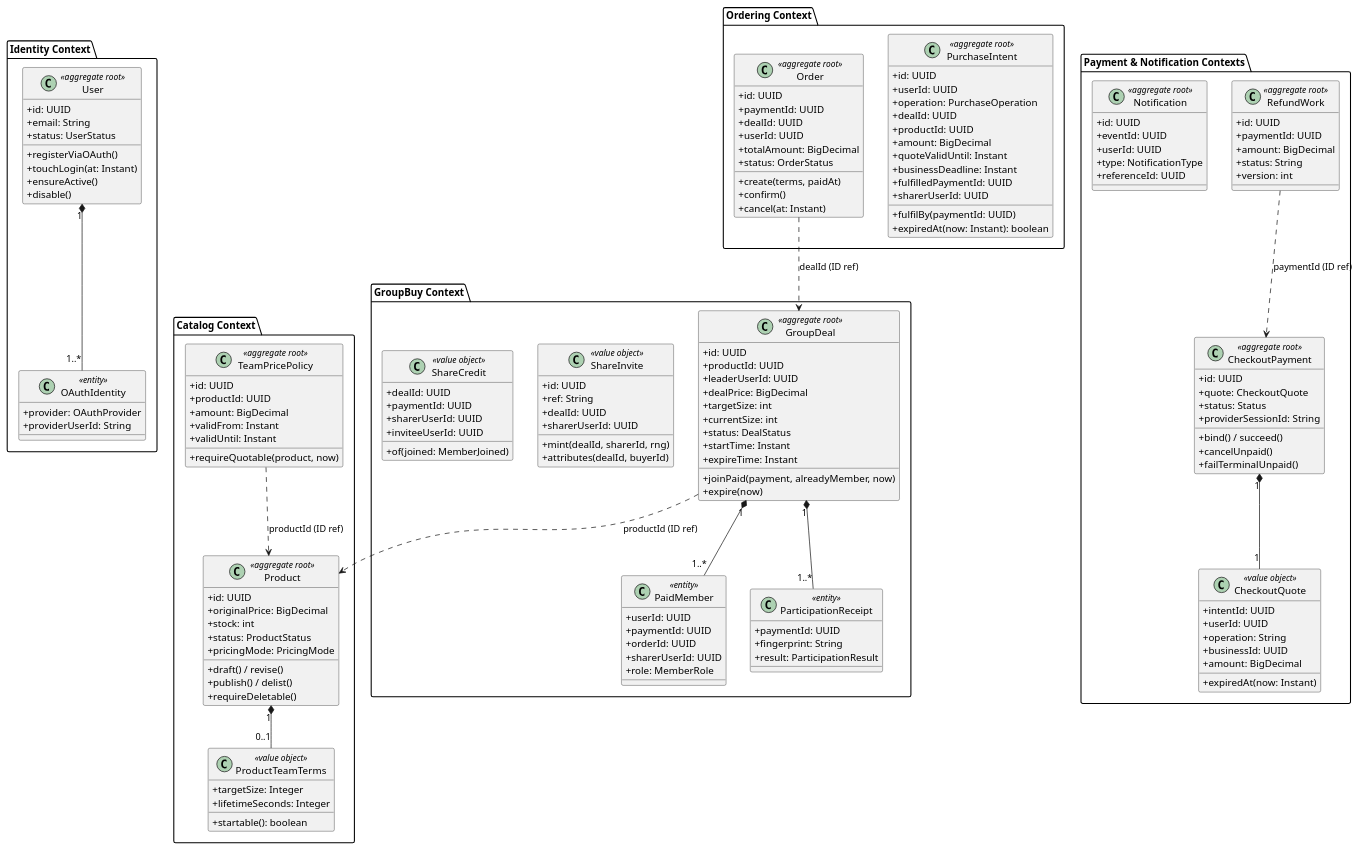
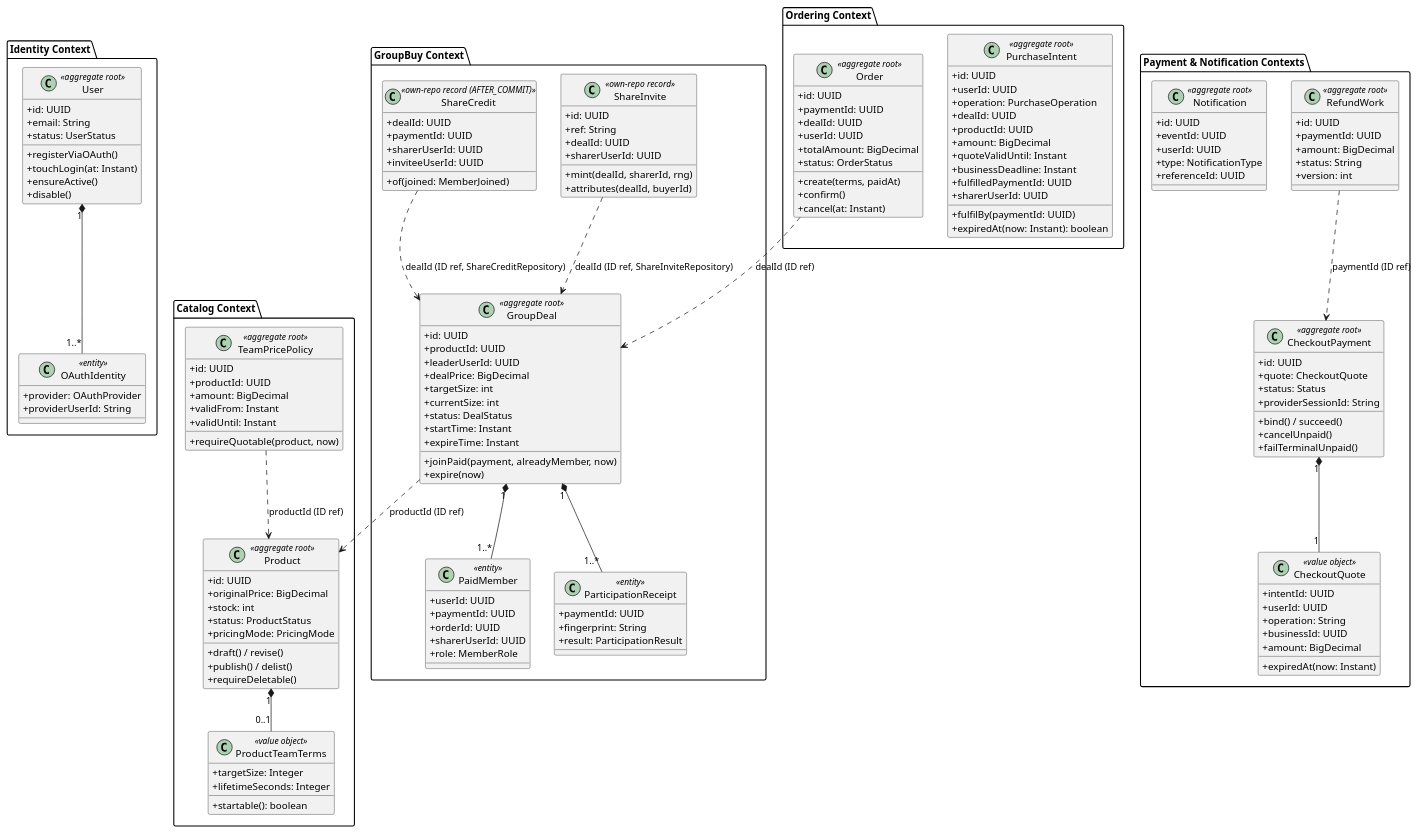
Before and after one commit to PPsyrius/iss-groupbuy-team8: the diagram in docs/swe5001/report/diagrams/d7-aggregates.puml, drawn with PlantUML. The commit also changed 4 other files, not shown here.

Commit message:
docs(report): clarify ShareInvite/ShareCredit repository boundary in §3.1.4, D4, and D7

```diff
--- a/docs/swe5001/report/diagrams/d7-aggregates.puml
+++ b/docs/swe5001/report/diagrams/d7-aggregates.puml
@@ -1,160 +1,162 @@
 @startuml d7-aggregates
 skinparam classAttributeIconSize 0
 skinparam Shadowing false
 
 package "Identity Context" {
   class User <<aggregate root>> {
     +id: UUID
     +email: String
     +status: UserStatus
     +registerViaOAuth()
     +touchLogin(at: Instant)
     +ensureActive()
     +disable()
   }
   class OAuthIdentity <<entity>> {
     +provider: OAuthProvider
     +providerUserId: String
   }
   User "1" *-- "1..*" OAuthIdentity
 }
 
 package "Catalog Context" {
   class Product <<aggregate root>> {
     +id: UUID
     +originalPrice: BigDecimal
     +stock: int
     +status: ProductStatus
     +pricingMode: PricingMode
     +draft() / revise()
     +publish() / delist()
     +requireDeletable()
   }
   class ProductTeamTerms <<value object>> {
     +targetSize: Integer
     +lifetimeSeconds: Integer
     +startable(): boolean
   }
   class TeamPricePolicy <<aggregate root>> {
     +id: UUID
     +productId: UUID
     +amount: BigDecimal
     +validFrom: Instant
     +validUntil: Instant
     +requireQuotable(product, now)
   }
   Product "1" *-- "0..1" ProductTeamTerms
   TeamPricePolicy ..> Product : productId (ID ref)
 }
 
 package "GroupBuy Context" {
   class GroupDeal <<aggregate root>> {
     +id: UUID
     +productId: UUID
     +leaderUserId: UUID
     +dealPrice: BigDecimal
     +targetSize: int
     +currentSize: int
     +status: DealStatus
     +startTime: Instant
     +expireTime: Instant
     +joinPaid(payment, alreadyMember, now)
     +expire(now)
   }
   class PaidMember <<entity>> {
     +userId: UUID
     +paymentId: UUID
     +orderId: UUID
     +sharerUserId: UUID
     +role: MemberRole
   }
   class ParticipationReceipt <<entity>> {
     +paymentId: UUID
     +fingerprint: String
     +result: ParticipationResult
   }
-  class ShareInvite <<value object>> {
+  class ShareInvite <<own-repo record>> {
     +id: UUID
     +ref: String
     +dealId: UUID
     +sharerUserId: UUID
     +mint(dealId, sharerId, rng)
     +attributes(dealId, buyerId)
   }
-  class ShareCredit <<value object>> {
+  class ShareCredit <<own-repo record (AFTER_COMMIT)>> {
     +dealId: UUID
     +paymentId: UUID
     +sharerUserId: UUID
     +inviteeUserId: UUID
     +of(joined: MemberJoined)
   }
   GroupDeal "1" *-- "1..*" PaidMember
   GroupDeal "1" *-- "1..*" ParticipationReceipt
   GroupDeal ..> Product : productId (ID ref)
+  ShareInvite ..> GroupDeal : dealId (ID ref, ShareInviteRepository)
+  ShareCredit ..> GroupDeal : dealId (ID ref, ShareCreditRepository)
 }
 
 package "Ordering Context" {
   class PurchaseIntent <<aggregate root>> {
     +id: UUID
     +userId: UUID
     +operation: PurchaseOperation
     +dealId: UUID
     +productId: UUID
     +amount: BigDecimal
     +quoteValidUntil: Instant
     +businessDeadline: Instant
     +fulfilledPaymentId: UUID
     +sharerUserId: UUID
     +fulfilBy(paymentId: UUID)
     +expiredAt(now: Instant): boolean
   }
   class Order <<aggregate root>> {
     +id: UUID
     +paymentId: UUID
     +dealId: UUID
     +userId: UUID
     +totalAmount: BigDecimal
     +status: OrderStatus
     +create(terms, paidAt)
     +confirm()
     +cancel(at: Instant)
   }
   Order ..> GroupDeal : dealId (ID ref)
 }
 
 package "Payment & Notification Contexts" {
   class CheckoutPayment <<aggregate root>> {
     +id: UUID
     +quote: CheckoutQuote
     +status: Status
     +providerSessionId: String
     +bind() / succeed()
     +cancelUnpaid()
     +failTerminalUnpaid()
   }
   class CheckoutQuote <<value object>> {
     +intentId: UUID
     +userId: UUID
     +operation: String
     +businessId: UUID
     +amount: BigDecimal
     +expiredAt(now: Instant)
   }
   class RefundWork <<aggregate root>> {
     +id: UUID
     +paymentId: UUID
     +amount: BigDecimal
     +status: String
     +version: int
   }
   class Notification <<aggregate root>> {
     +id: UUID
     +eventId: UUID
     +userId: UUID
     +type: NotificationType
     +referenceId: UUID
   }
   CheckoutPayment "1" *-- "1" CheckoutQuote
   RefundWork ..> CheckoutPayment : paymentId (ID ref)
 }
 @enduml
```
